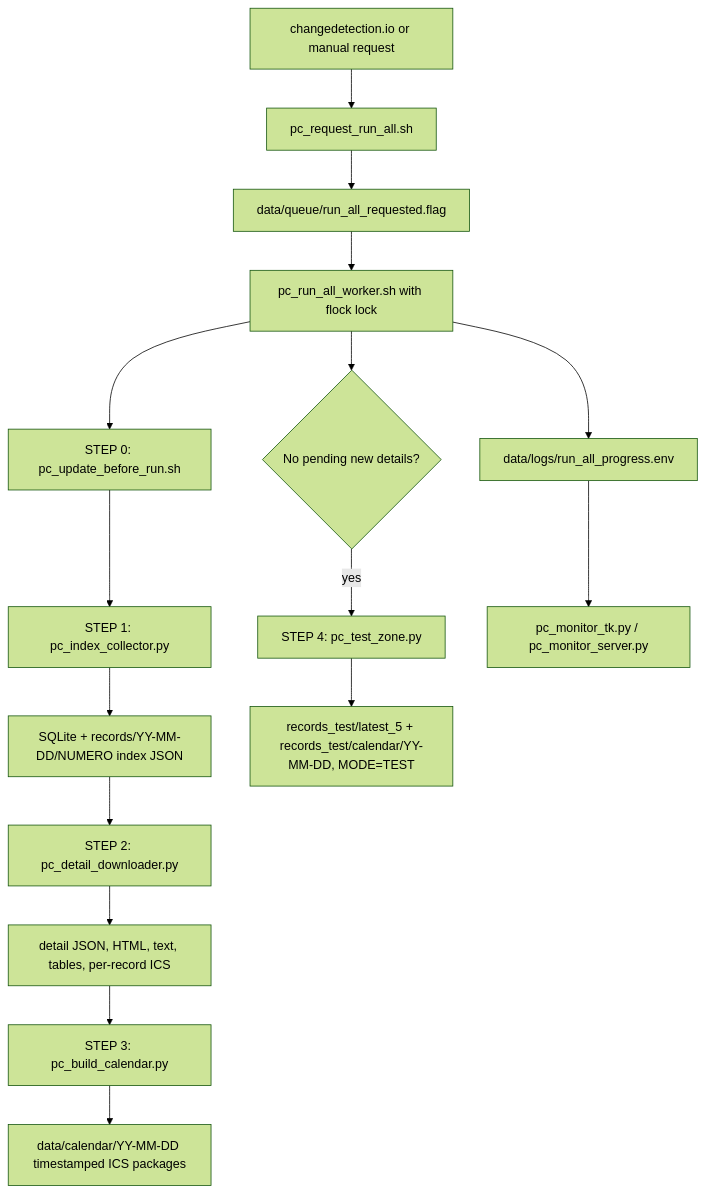
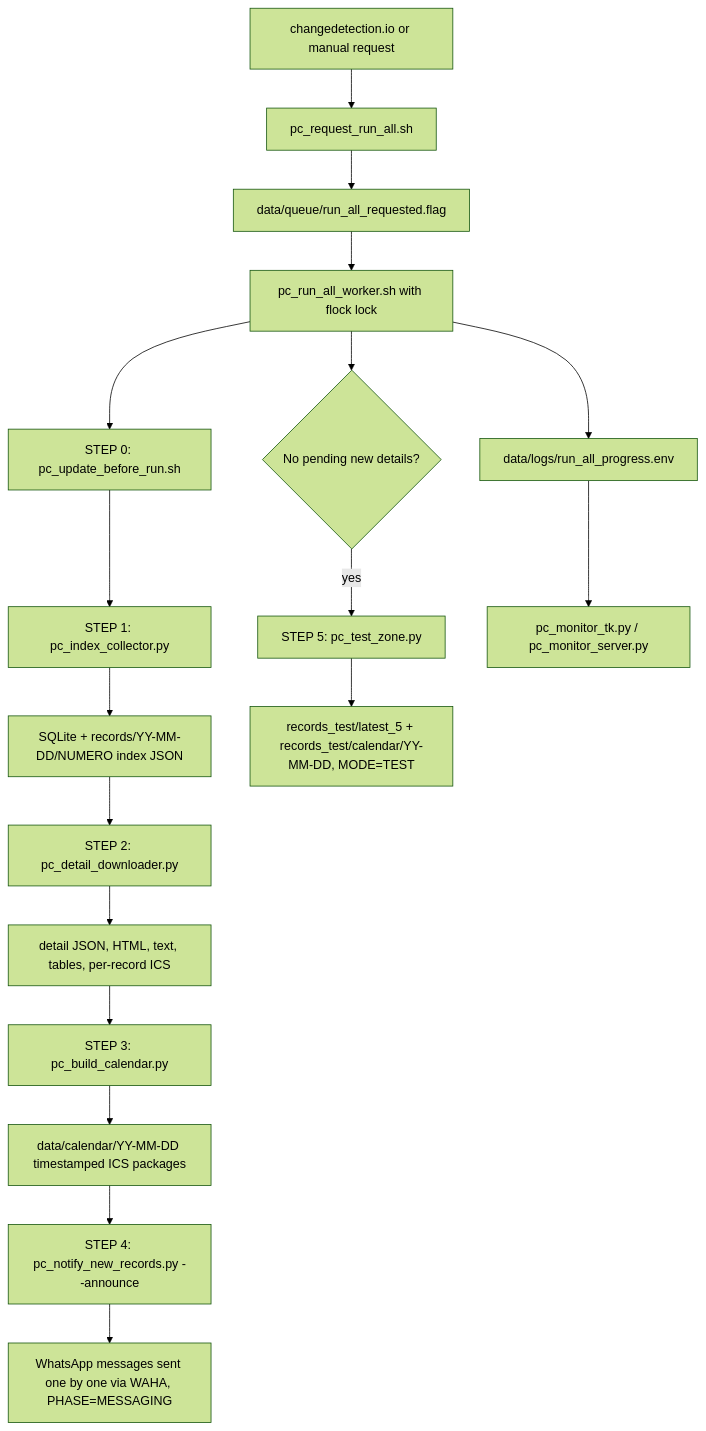
One commit to 413x-4rtur0/panamacompra-collector-backfill changed the diagram in README.md. Above: the diagram before and after it, drawn with Mermaid (forest theme). The commit also changed other lines of this file and 5 other files, not shown here.

First line of the commit message:
Add a visible WhatsApp MESSAGING step that sends messages one by one

````diff
--- a/README.md
+++ b/README.md
@@ -84,18 +85,20 @@
 ```mermaid
 flowchart TD
     A[changedetection.io or manual request] --> B[pc_request_run_all.sh]
     B --> C[data/queue/run_all_requested.flag]
     C --> D[pc_run_all_worker.sh with flock lock]
     D --> U[STEP 0: pc_update_before_run.sh]
     U --> E[STEP 1: pc_index_collector.py]
     E --> F[SQLite + records/YY-MM-DD/NUMERO index JSON]
     F --> G[STEP 2: pc_detail_downloader.py]
     G --> H[detail JSON, HTML, text, tables, per-record ICS]
     H --> I[STEP 3: pc_build_calendar.py]
     I --> J[data/calendar/YY-MM-DD timestamped ICS packages]
+    J --> P[STEP 4: pc_notify_new_records.py --announce]
+    P --> Q[WhatsApp messages sent one by one via WAHA, PHASE=MESSAGING]
     D --> K{No pending new details?}
-    K -- yes --> L[STEP 4: pc_test_zone.py]
+    K -- yes --> L[STEP 5: pc_test_zone.py]
     L --> M[records_test/latest_5 + records_test/calendar/YY-MM-DD, MODE=TEST]
     D --> N[data/logs/run_all_progress.env]
     N --> O[pc_monitor_tk.py / pc_monitor_server.py]
 ```
````
